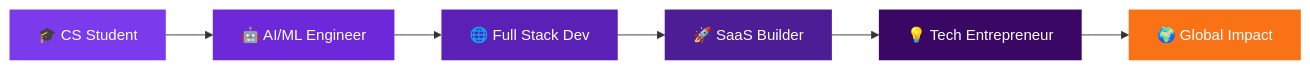
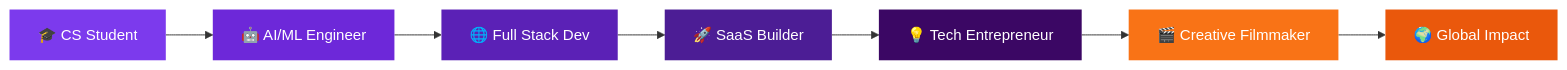
Before and after one commit to Fahadbinhashim2005/Fahadbinhashim2005: the diagram in README.md, drawn with Mermaid. The commit also changed other lines of this file, not shown here.

````diff
--- a/README.md
+++ b/README.md
@@ -200,14 +214,16 @@
 ```mermaid
 graph LR
     A[🎓 CS Student] --> B[🤖 AI/ML Engineer]
     B --> C[🌐 Full Stack Dev]
     C --> D[🚀 SaaS Builder]
     D --> E[💡 Tech Entrepreneur]
-    E --> F[🌍 Global Impact]
+    E --> F[🎬 Creative Filmmaker]
+    F --> G[🌍 Global Impact]
     style A fill:#7c3aed,color:#fff,stroke:none
     style B fill:#6d28d9,color:#fff,stroke:none
     style C fill:#5b21b6,color:#fff,stroke:none
     style D fill:#4c1d95,color:#fff,stroke:none
     style E fill:#3b0764,color:#fff,stroke:none
     style F fill:#f97316,color:#fff,stroke:none
+    style G fill:#ea580c,color:#fff,stroke:none
 ```
````
